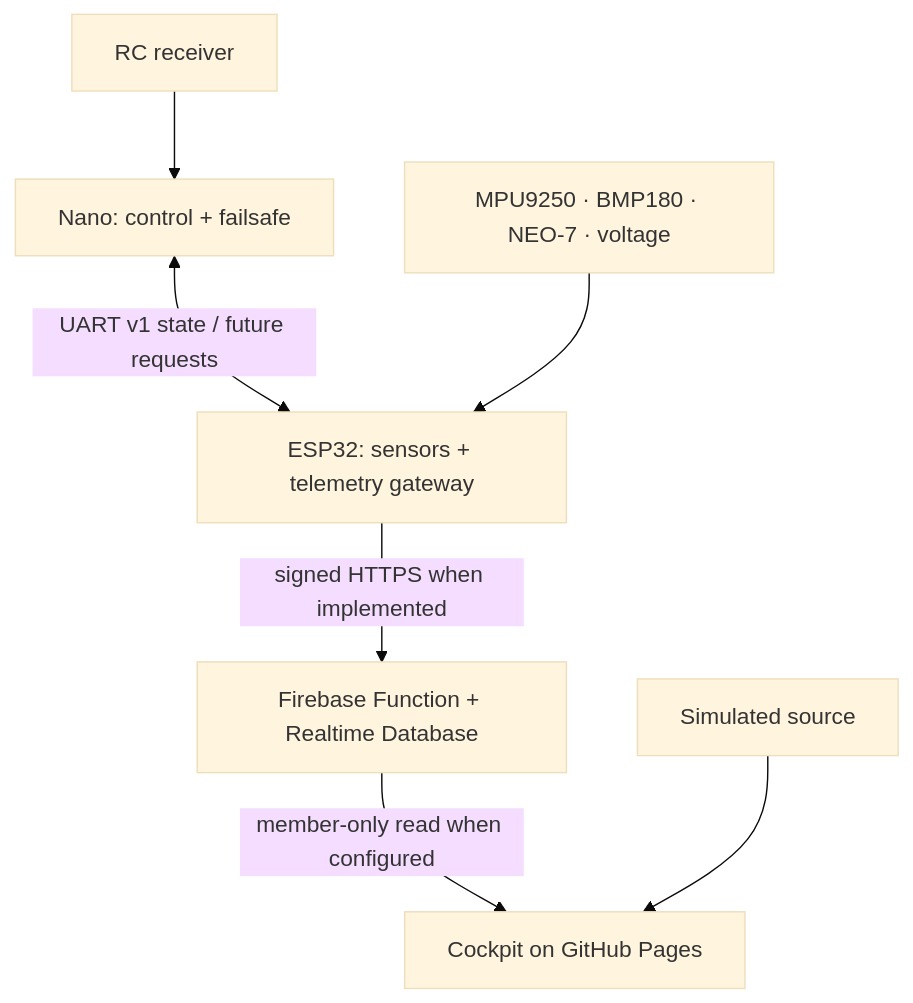
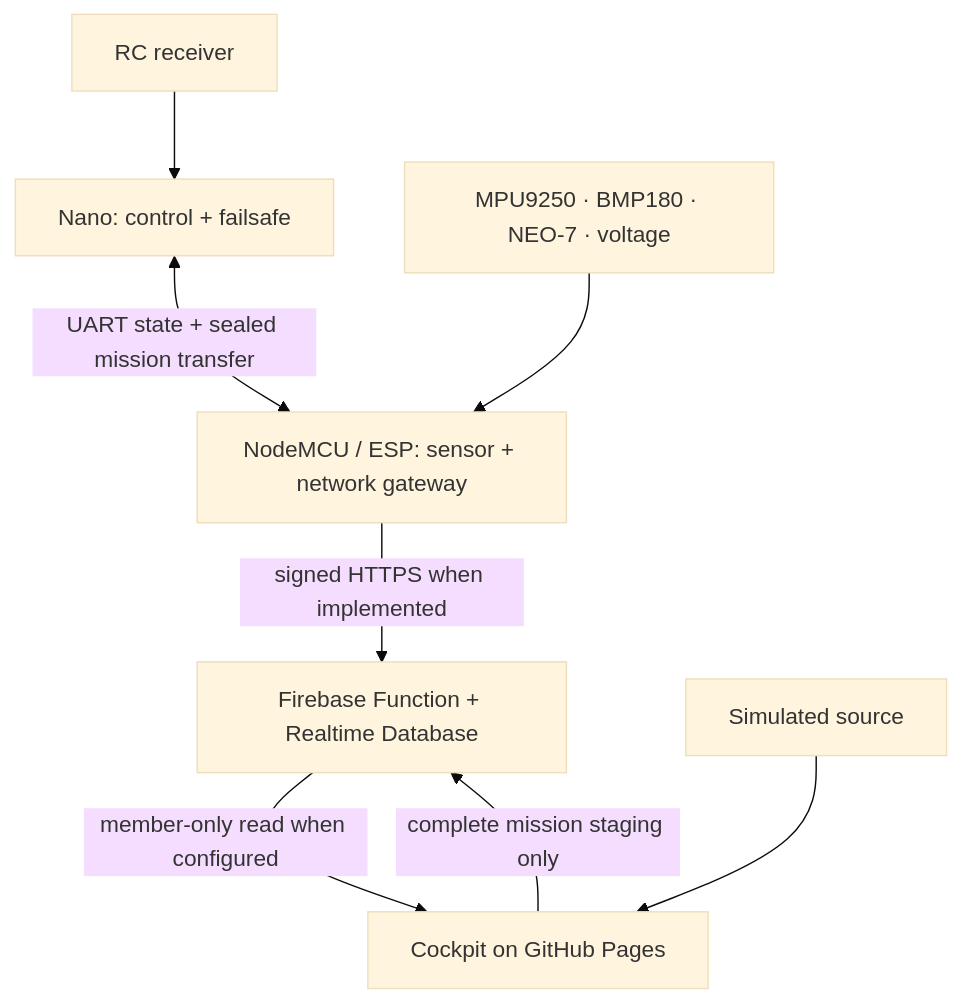
The diagram in docs/architecture.md (Turkson225/flight-command-center), drawn with Mermaid (base theme) before and after one commit. The commit also changed other lines of this file and 17 other files, not shown here.

````diff
--- a/docs/architecture.md
+++ b/docs/architecture.md
@@ -7,9 +7,10 @@
 ```mermaid
 flowchart TB
   R["RC receiver"] --> N["Nano: control + failsafe"]
-  N <-->|"UART v1 state / future requests"| E["ESP32: sensors + telemetry gateway"]
+  N <-->|"UART state + sealed mission transfer"| E["NodeMCU / ESP: sensor + network gateway"]
   S["MPU9250 · BMP180 · NEO-7 · voltage"] --> E
   E -->|"signed HTTPS when implemented"| B["Firebase Function + Realtime Database"]
   B -->|"member-only read when configured"| U["Cockpit on GitHub Pages"]
+  U -->|"complete mission staging only"| B
   M["Simulated source"] --> U
 ```
````
